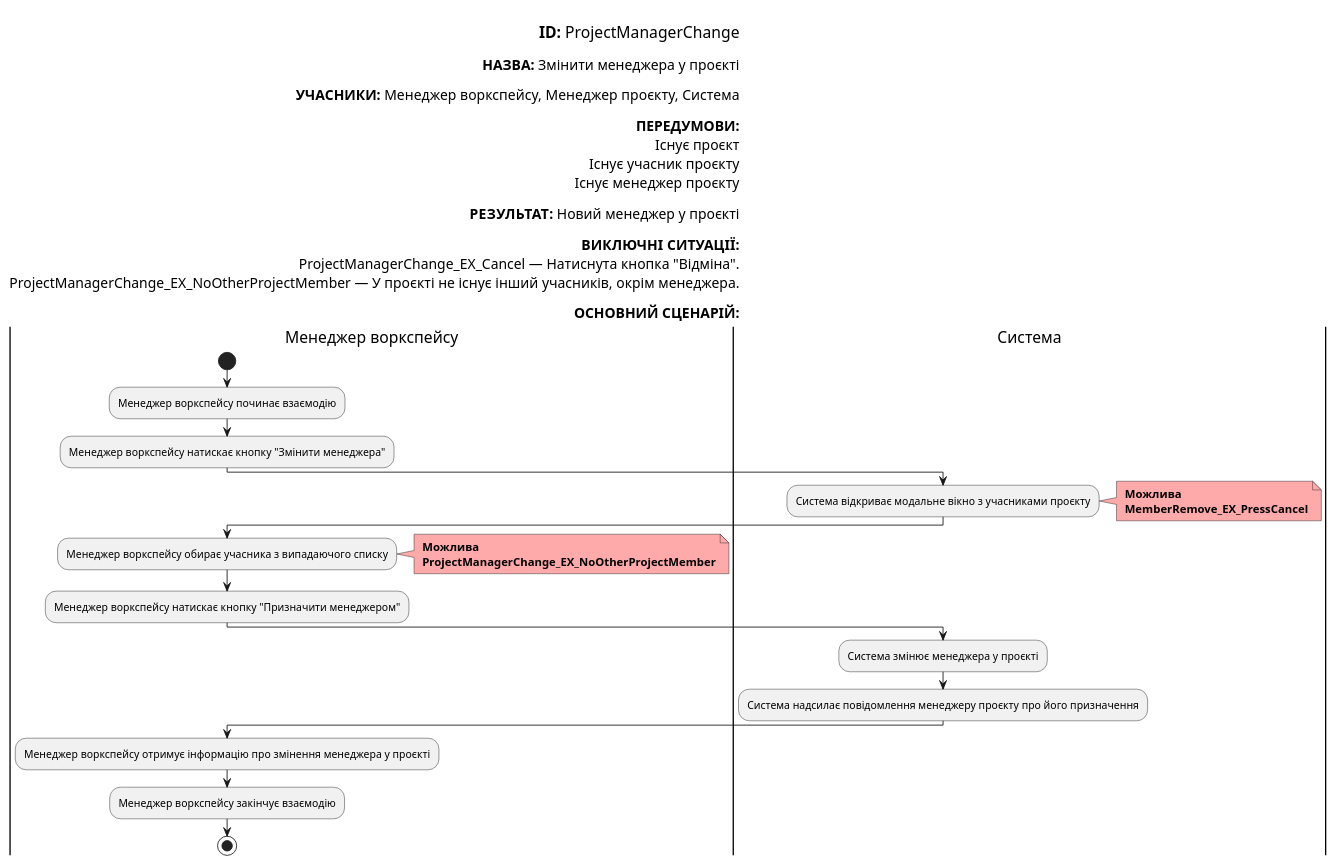
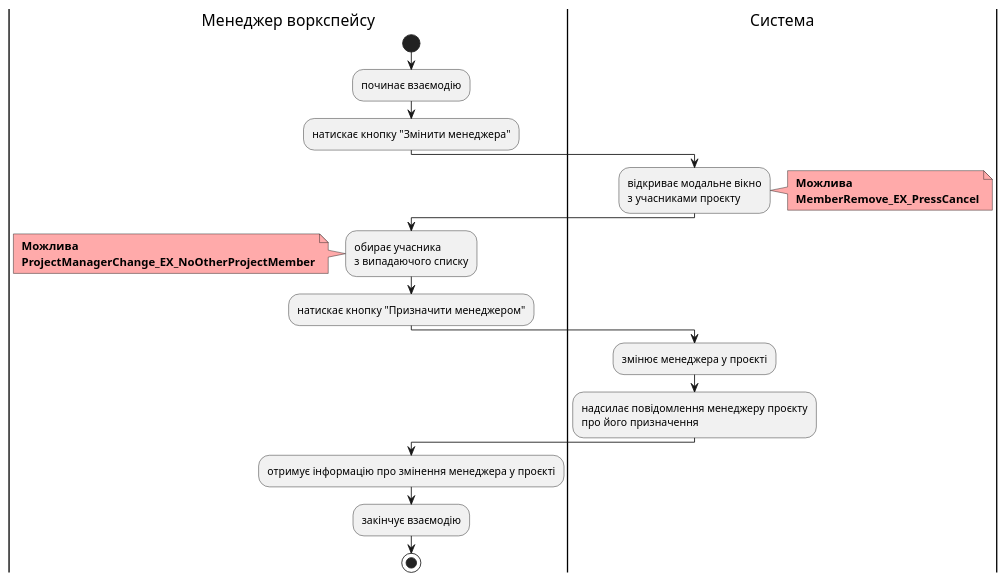
Before and after one commit to yaryna-bashchak/db_course_work: diagram 19 of 24 in docs/use cases/README.md, drawn with PlantUML. The commit also changed other lines of this file, not shown here.

Commit message:
updated diagrams for user cases

```diff
--- a/docs/use cases/README.md
+++ b/docs/use cases/README.md
@@ -1001,58 +975,39 @@
 @startuml
-
-    left header
-
-        <font color=000 size=18><b>ID:</b> ProjectManagerChange
-
-        <font color=000 size=16><b>НАЗВА:</b> Змінити менеджера у проєкті
-
-        <font color=000 size=16><b>УЧАСНИКИ:</b> Менеджер воркспейсу, Менеджер проєкту, Система
-
-        <font color=000 size=16><b>ПЕРЕДУМОВИ:</b> 
-        <font color=000 size=16> Існує проєкт
-        <font color=000 size=16> Існує учасник проєкту
-        <font color=000 size=16> Існує менеджер проєкту
-
-        <font color=000 size=16><b>РЕЗУЛЬТАТ:</b> Новий менеджер у проєкті
-        
-        <font color=000 size=16><b>ВИКЛЮЧНІ СИТУАЦІЇ:</b>
-        <font color=000 size=16> ProjectManagerChange_EX_Cancel — Натиснута кнопка "Відміна".
-        <font color=000 size=16> ProjectManagerChange_EX_NoOtherProjectMember — У проєкті не існує інший учасників, окрім менеджера.
-
-        <font color=000 size=16><b>ОСНОВНИЙ СЦЕНАРІЙ:</b>
-    end header
 
     |Менеджер воркспейсу|
         start
-        :Менеджер воркспейсу починає взаємодію;
+        :починає взаємодію;
         
-        :Менеджер воркспейсу натискає кнопку "Змінити менеджера";
+        :натискає кнопку "Змінити менеджера";
     |Система|
-        :Система відкриває модальне вікно з учасниками проєкту;
+        :відкриває модальне вікно 
+        з учасниками проєкту;
         note right #ffaaaa
         <b> Можлива
         <b> MemberRemove_EX_PressCancel
         end note
 
     |Менеджер воркспейсу|
-        :Менеджер воркспейсу обирає учасника з випадаючого списку;
-        note right #ffaaaa
+        :обирає учасника 
+        з випадаючого списку;
+        note left #ffaaaa
         <b> Можлива
         <b> ProjectManagerChange_EX_NoOtherProjectMember
         end note
         
-        :Менеджер воркспейсу натискає кнопку "Призначити менеджером";
+        :натискає кнопку "Призначити менеджером";
 
     |Система|
-        :Система змінює менеджера у проєкті;
+        :змінює менеджера у проєкті;
         
-        :Система надсилає повідомлення менеджеру проєкту про його призначення;
+        :надсилає повідомлення менеджеру проєкту 
+        про його призначення;
         
     |Менеджер воркспейсу|
-        :Менеджер воркспейсу отримує інформацію про змінення менеджера у проєкті;
+        :отримує інформацію про змінення менеджера у проєкті;
         
-        :Менеджер воркспейсу закінчує взаємодію;
+        :закінчує взаємодію;
 
         stop;
 
 @enduml
```
